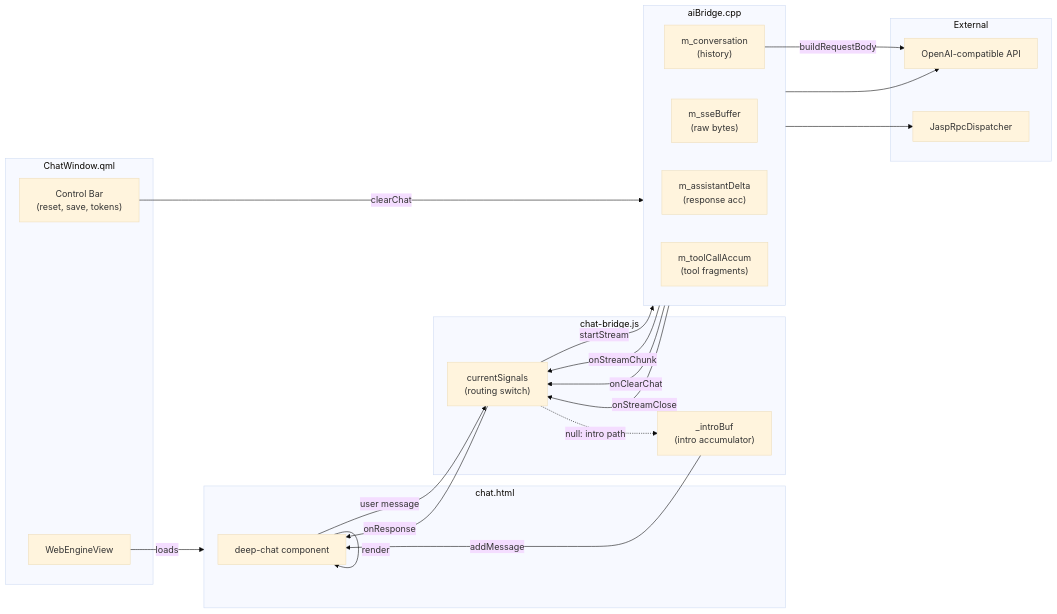
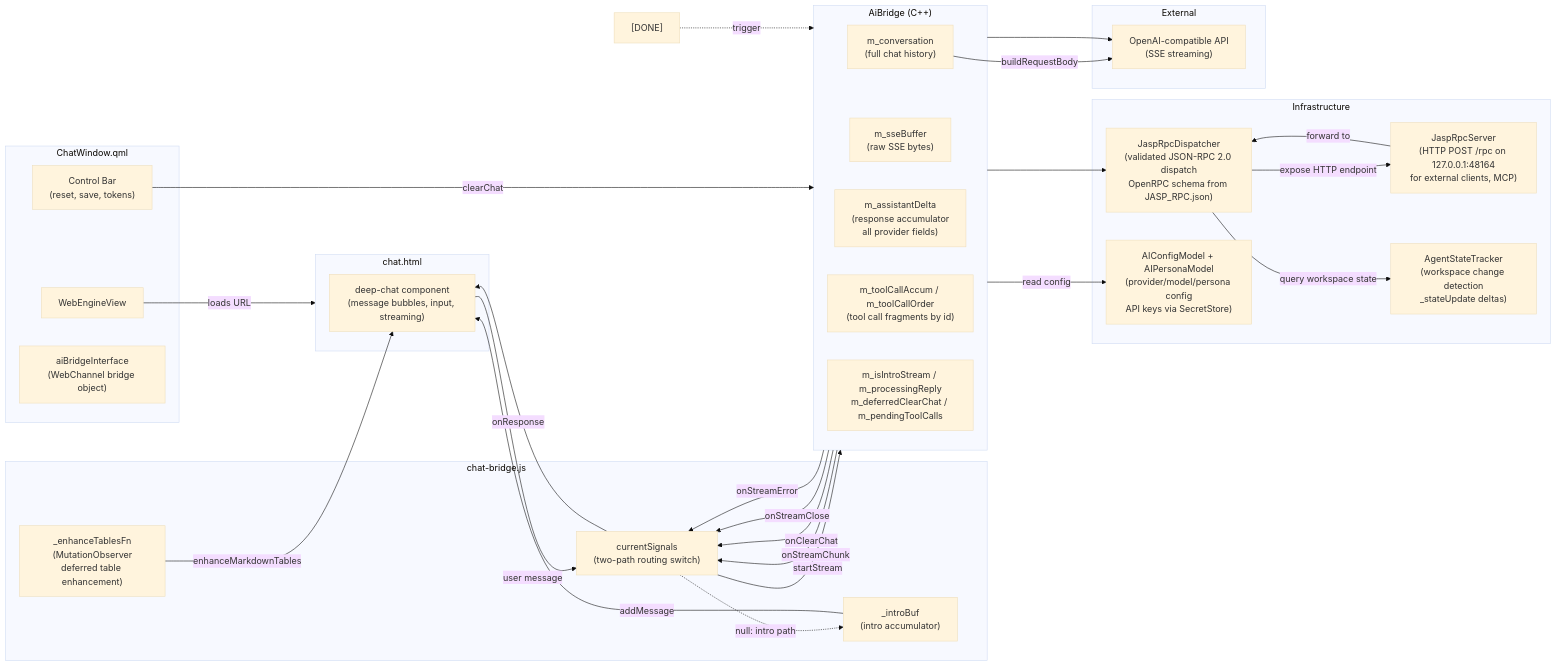
Before and after one commit to jasp-stats/jasp-desktop: the diagram in Docs/development/aiBridge/07_overview.mmd, drawn with Mermaid (base theme). The commit also changed 14 other files, not shown here.

```diff
--- a/Docs/development/aiBridge/07_overview.mmd
+++ b/Docs/development/aiBridge/07_overview.mmd
@@ -1,41 +1,56 @@
 flowchart LR
     subgraph QML["ChatWindow.qml"]
         WV["WebEngineView"]
-        CB["Control Bar\n(reset, save, tokens)"]
+        CB["Control Bar<br/>(reset, save, tokens)"]
+        AI_INT["aiBridgeInterface<br/>(WebChannel bridge object)"]
     end
 
     subgraph HTML["chat.html"]
-        DC["deep-chat component"]
+        DC["deep-chat component<br/>(message bubbles, input, streaming)"]
     end
 
     subgraph JS["chat-bridge.js"]
-        SIG["currentSignals\n(routing switch)"]
-        IBUF["_introBuf\n(intro accumulator)"]
+        SIG["currentSignals<br/>(two-path routing switch)"]
+        IBUF["_introBuf<br/>(intro accumulator)"]
+        TBL["_enhanceTablesFn<br/>(MutationObserver<br/>deferred table enhancement)"]
     end
 
-    subgraph CPP["aiBridge.cpp"]
-        CONV["m_conversation\n(history)"]
-        SSE["m_sseBuffer\n(raw bytes)"]
-        DELTA["m_assistantDelta\n(response acc)"]
-        TOOLS["m_toolCallAccum\n(tool fragments)"]
+    subgraph CPP["AiBridge (C++)"]
+        CONV["m_conversation<br/>(full chat history)"]
+        SSE["m_sseBuffer<br/>(raw SSE bytes)"]
+        DELTA["m_assistantDelta<br/>(response accumulator<br/>all provider fields)"]
+        TOOLS["m_toolCallAccum / m_toolCallOrder<br/>(tool call fragments by id)"]
+        FLAGS["m_isIntroStream / m_processingReply<br/>m_deferredClearChat / m_pendingToolCalls"]
+    end
+
+    subgraph INFRA["Infrastructure"]
+        RPC["JaspRpcDispatcher<br/>(validated JSON-RPC 2.0 dispatch<br/>OpenRPC schema from JASP_RPC.json)"]
+        SERVER["JaspRpcServer<br/>(HTTP POST /rpc on 127.0.0.1:48164<br/>for external clients, MCP)"]
+        AST["AgentStateTracker<br/>(workspace change detection<br/>_stateUpdate deltas)"]
+        CFG["AIConfigModel + AIPersonaModel<br/>(provider/model/persona config<br/>API keys via SecretStore)"]
     end
 
     subgraph EXT["External"]
-        API["OpenAI-compatible API"]
-        RPC["JaspRpcDispatcher"]
+        API["OpenAI-compatible API<br/>(SSE streaming)"]
     end
 
-    WV -->|loads| HTML
+    WV -->|loads URL| HTML
     CB -->|clearChat| CPP
     DC -->|user message| SIG
-    DC -->|render| DC
     SIG -->|startStream| CPP
     CPP -->|onStreamChunk| SIG
     CPP -->|onClearChat| SIG
     CPP -->|onStreamClose| SIG
+    CPP -->|onStreamError| SIG
     SIG -->|onResponse| DC
     SIG -.->|null: intro path| IBUF
     IBUF -->|addMessage| DC
+    TBL -->|enhanceMarkdownTables| DC
     CPP --> API
     CPP --> RPC
+    CPP -->|read config| CFG
+    RPC -->|query workspace state| AST
+    RPC -->|expose HTTP endpoint| SERVER
+    SERVER -->|forward to| RPC
     CONV -->|buildRequestBody| API
+    DT["[DONE]"] -.->|trigger| CPP
```
